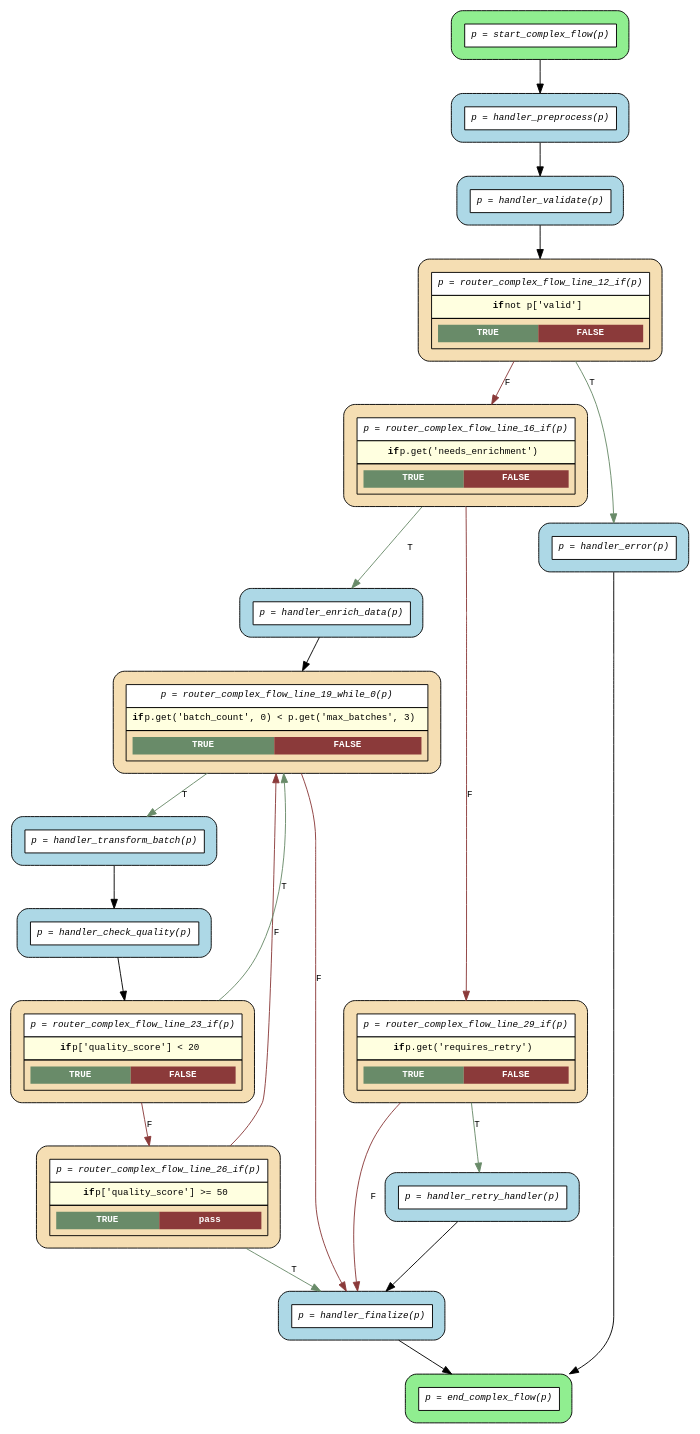
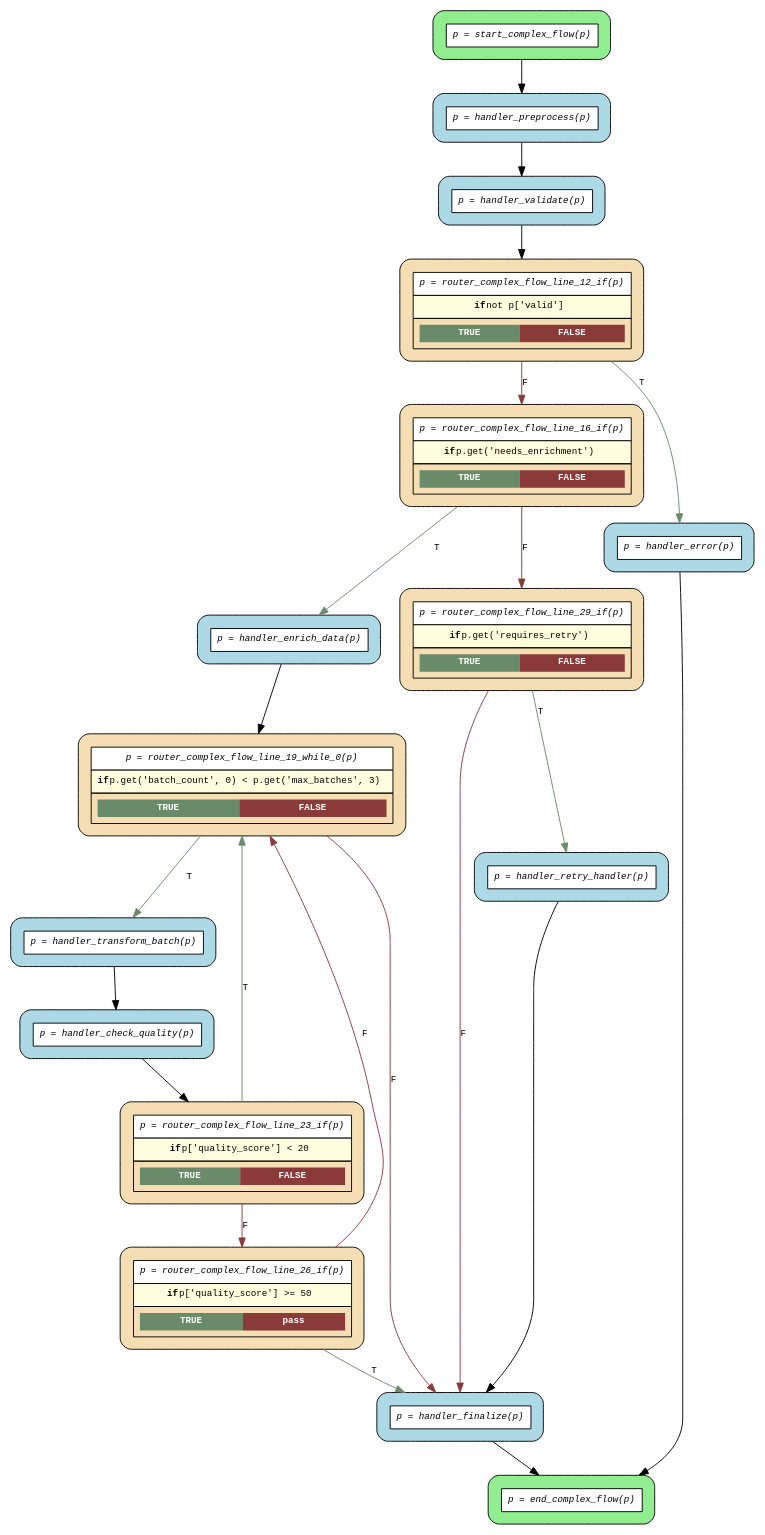
The diagram in examples/flows/compiled/complex_with_while/flow.dot (deliveryhero/asya), drawn with Graphviz before and after one commit. The commit also changed 71 other files, not shown here.

```diff
--- a/examples/flows/compiled/complex_with_while/flow.dot
+++ b/examples/flows/compiled/complex_with_while/flow.dot
@@ -1,45 +1,45 @@
 digraph flow {
   rankdir=TB;
   graph [fontname="Courier", fontsize=10];
   node [fontname="Courier", fontsize=10, shape=box, style="filled,rounded", margin="0.2"];
   edge [fontname="Courier", fontsize=10];
 
-  start_complex_flow [fillcolor="lightgreen", label=<<table border="0" cellspacing="0" cellpadding="6" cellborder="1"><tr><td bgcolor="white" align="center"><i>p = start_complex_flow(p)</i></td></tr></table>>];
-  router_complex_flow_line_26_if [fillcolor="wheat", label=<<table border="0" cellspacing="0" cellpadding="6" cellborder="1"><tr><td bgcolor="white" align="center"><i>p = router_complex_flow_line_26_if(p)</i></td></tr><tr><td bgcolor="lightyellow"><b>if</b> p['quality_score'] &gt;= 50</td></tr><tr><td><table border="0" cellspacing="0" cellpadding="4"><tr><td bgcolor="darkseagreen4"><font color="white"><b>TRUE</b></font></td><td bgcolor="indianred4"><font color="white"><b>pass</b></font></td></tr></table></td></tr></table>>];
-  router_complex_flow_line_23_if [fillcolor="wheat", label=<<table border="0" cellspacing="0" cellpadding="6" cellborder="1"><tr><td bgcolor="white" align="center"><i>p = router_complex_flow_line_23_if(p)</i></td></tr><tr><td bgcolor="lightyellow"><b>if</b> p['quality_score'] &lt; 20</td></tr><tr><td><table border="0" cellspacing="0" cellpadding="4"><tr><td bgcolor="darkseagreen4"><font color="white"><b>TRUE</b></font></td><td bgcolor="indianred4"><font color="white"><b>FALSE</b></font></td></tr></table></td></tr></table>>];
-  router_complex_flow_line_19_while_0 [fillcolor="wheat", label=<<table border="0" cellspacing="0" cellpadding="6" cellborder="1"><tr><td bgcolor="white" align="center"><i>p = router_complex_flow_line_19_while_0(p)</i></td></tr><tr><td bgcolor="lightyellow"><b>if</b> p.get('batch_count', 0) &lt; p.get('max_batches', 3)</td></tr><tr><td><table border="0" cellspacing="0" cellpadding="4"><tr><td bgcolor="darkseagreen4"><font color="white"><b>TRUE</b></font></td><td bgcolor="indianred4"><font color="white"><b>FALSE</b></font></td></tr></table></td></tr></table>>];
-  router_complex_flow_line_29_if [fillcolor="wheat", label=<<table border="0" cellspacing="0" cellpadding="6" cellborder="1"><tr><td bgcolor="white" align="center"><i>p = router_complex_flow_line_29_if(p)</i></td></tr><tr><td bgcolor="lightyellow"><b>if</b> p.get('requires_retry')</td></tr><tr><td><table border="0" cellspacing="0" cellpadding="4"><tr><td bgcolor="darkseagreen4"><font color="white"><b>TRUE</b></font></td><td bgcolor="indianred4"><font color="white"><b>FALSE</b></font></td></tr></table></td></tr></table>>];
-  router_complex_flow_line_16_if [fillcolor="wheat", label=<<table border="0" cellspacing="0" cellpadding="6" cellborder="1"><tr><td bgcolor="white" align="center"><i>p = router_complex_flow_line_16_if(p)</i></td></tr><tr><td bgcolor="lightyellow"><b>if</b> p.get('needs_enrichment')</td></tr><tr><td><table border="0" cellspacing="0" cellpadding="4"><tr><td bgcolor="darkseagreen4"><font color="white"><b>TRUE</b></font></td><td bgcolor="indianred4"><font color="white"><b>FALSE</b></font></td></tr></table></td></tr></table>>];
-  router_complex_flow_line_12_if [fillcolor="wheat", label=<<table border="0" cellspacing="0" cellpadding="6" cellborder="1"><tr><td bgcolor="white" align="center"><i>p = router_complex_flow_line_12_if(p)</i></td></tr><tr><td bgcolor="lightyellow"><b>if</b> not p['valid']</td></tr><tr><td><table border="0" cellspacing="0" cellpadding="4"><tr><td bgcolor="darkseagreen4"><font color="white"><b>TRUE</b></font></td><td bgcolor="indianred4"><font color="white"><b>FALSE</b></font></td></tr></table></td></tr></table>>];
-  end_complex_flow [fillcolor="lightgreen", label=<<table border="0" cellspacing="0" cellpadding="6" cellborder="1"><tr><td bgcolor="white" align="center"><i>p = end_complex_flow(p)</i></td></tr></table>>];
+  start_complex_flow [fillcolor="lightgreen", group="main", label=<<table border="0" cellspacing="0" cellpadding="6" cellborder="1"><tr><td bgcolor="white" align="center"><i>p = start_complex_flow(p)</i></td></tr></table>>];
+  router_complex_flow_line_26_if [fillcolor="wheat", group="main", label=<<table border="0" cellspacing="0" cellpadding="6" cellborder="1"><tr><td bgcolor="white" align="center"><i>p = router_complex_flow_line_26_if(p)</i></td></tr><tr><td bgcolor="lightyellow"><b>if</b> p['quality_score'] &gt;= 50</td></tr><tr><td><table border="0" cellspacing="0" cellpadding="4"><tr><td bgcolor="darkseagreen4"><font color="white"><b>TRUE</b></font></td><td bgcolor="indianred4"><font color="white"><b>pass</b></font></td></tr></table></td></tr></table>>];
+  router_complex_flow_line_23_if [fillcolor="wheat", group="main", label=<<table border="0" cellspacing="0" cellpadding="6" cellborder="1"><tr><td bgcolor="white" align="center"><i>p = router_complex_flow_line_23_if(p)</i></td></tr><tr><td bgcolor="lightyellow"><b>if</b> p['quality_score'] &lt; 20</td></tr><tr><td><table border="0" cellspacing="0" cellpadding="4"><tr><td bgcolor="darkseagreen4"><font color="white"><b>TRUE</b></font></td><td bgcolor="indianred4"><font color="white"><b>FALSE</b></font></td></tr></table></td></tr></table>>];
+  router_complex_flow_line_19_while_0 [fillcolor="wheat", group="main", label=<<table border="0" cellspacing="0" cellpadding="6" cellborder="1"><tr><td bgcolor="white" align="center"><i>p = router_complex_flow_line_19_while_0(p)</i></td></tr><tr><td bgcolor="lightyellow"><b>if</b> p.get('batch_count', 0) &lt; p.get('max_batches', 3)</td></tr><tr><td><table border="0" cellspacing="0" cellpadding="4"><tr><td bgcolor="darkseagreen4"><font color="white"><b>TRUE</b></font></td><td bgcolor="indianred4"><font color="white"><b>FALSE</b></font></td></tr></table></td></tr></table>>];
+  router_complex_flow_line_29_if [fillcolor="wheat", group="main", label=<<table border="0" cellspacing="0" cellpadding="6" cellborder="1"><tr><td bgcolor="white" align="center"><i>p = router_complex_flow_line_29_if(p)</i></td></tr><tr><td bgcolor="lightyellow"><b>if</b> p.get('requires_retry')</td></tr><tr><td><table border="0" cellspacing="0" cellpadding="4"><tr><td bgcolor="darkseagreen4"><font color="white"><b>TRUE</b></font></td><td bgcolor="indianred4"><font color="white"><b>FALSE</b></font></td></tr></table></td></tr></table>>];
+  router_complex_flow_line_16_if [fillcolor="wheat", group="main", label=<<table border="0" cellspacing="0" cellpadding="6" cellborder="1"><tr><td bgcolor="white" align="center"><i>p = router_complex_flow_line_16_if(p)</i></td></tr><tr><td bgcolor="lightyellow"><b>if</b> p.get('needs_enrichment')</td></tr><tr><td><table border="0" cellspacing="0" cellpadding="4"><tr><td bgcolor="darkseagreen4"><font color="white"><b>TRUE</b></font></td><td bgcolor="indianred4"><font color="white"><b>FALSE</b></font></td></tr></table></td></tr></table>>];
+  router_complex_flow_line_12_if [fillcolor="wheat", group="main", label=<<table border="0" cellspacing="0" cellpadding="6" cellborder="1"><tr><td bgcolor="white" align="center"><i>p = router_complex_flow_line_12_if(p)</i></td></tr><tr><td bgcolor="lightyellow"><b>if</b> not p['valid']</td></tr><tr><td><table border="0" cellspacing="0" cellpadding="4"><tr><td bgcolor="darkseagreen4"><font color="white"><b>TRUE</b></font></td><td bgcolor="indianred4"><font color="white"><b>FALSE</b></font></td></tr></table></td></tr></table>>];
+  end_complex_flow [fillcolor="lightgreen", group="main", label=<<table border="0" cellspacing="0" cellpadding="6" cellborder="1"><tr><td bgcolor="white" align="center"><i>p = end_complex_flow(p)</i></td></tr></table>>];
   handler_check_quality [fillcolor="lightblue", label=<<table border="0" cellspacing="0" cellpadding="6" cellborder="1"><tr><td bgcolor="white" align="center"><i>p = handler_check_quality(p)</i></td></tr></table>>];
   handler_enrich_data [fillcolor="lightblue", label=<<table border="0" cellspacing="0" cellpadding="6" cellborder="1"><tr><td bgcolor="white" align="center"><i>p = handler_enrich_data(p)</i></td></tr></table>>];
   handler_error [fillcolor="lightblue", label=<<table border="0" cellspacing="0" cellpadding="6" cellborder="1"><tr><td bgcolor="white" align="center"><i>p = handler_error(p)</i></td></tr></table>>];
   handler_finalize [fillcolor="lightblue", label=<<table border="0" cellspacing="0" cellpadding="6" cellborder="1"><tr><td bgcolor="white" align="center"><i>p = handler_finalize(p)</i></td></tr></table>>];
   handler_preprocess [fillcolor="lightblue", label=<<table border="0" cellspacing="0" cellpadding="6" cellborder="1"><tr><td bgcolor="white" align="center"><i>p = handler_preprocess(p)</i></td></tr></table>>];
   handler_retry_handler [fillcolor="lightblue", label=<<table border="0" cellspacing="0" cellpadding="6" cellborder="1"><tr><td bgcolor="white" align="center"><i>p = handler_retry_handler(p)</i></td></tr></table>>];
   handler_transform_batch [fillcolor="lightblue", label=<<table border="0" cellspacing="0" cellpadding="6" cellborder="1"><tr><td bgcolor="white" align="center"><i>p = handler_transform_batch(p)</i></td></tr></table>>];
   handler_validate [fillcolor="lightblue", label=<<table border="0" cellspacing="0" cellpadding="6" cellborder="1"><tr><td bgcolor="white" align="center"><i>p = handler_validate(p)</i></td></tr></table>>];
 
   handler_check_quality -> router_complex_flow_line_23_if;
   handler_enrich_data -> router_complex_flow_line_19_while_0;
   handler_error -> end_complex_flow;
   handler_finalize -> end_complex_flow;
   handler_preprocess -> handler_validate;
   handler_retry_handler -> handler_finalize;
   handler_transform_batch -> handler_check_quality;
   handler_validate -> router_complex_flow_line_12_if;
   router_complex_flow_line_12_if -> handler_error [label="T", color=darkseagreen4];
   router_complex_flow_line_12_if -> router_complex_flow_line_16_if [label="F", color=indianred4];
   router_complex_flow_line_16_if -> handler_enrich_data [label="T", color=darkseagreen4];
   router_complex_flow_line_16_if -> router_complex_flow_line_29_if [label="F", color=indianred4];
   router_complex_flow_line_19_while_0 -> handler_finalize [label="F", color=indianred4];
   router_complex_flow_line_19_while_0 -> handler_transform_batch [label="T", color=darkseagreen4];
   router_complex_flow_line_23_if -> router_complex_flow_line_19_while_0 [label="T", color=darkseagreen4];
   router_complex_flow_line_23_if -> router_complex_flow_line_26_if [label="F", color=indianred4];
   router_complex_flow_line_26_if -> handler_finalize [label="T", color=darkseagreen4];
   router_complex_flow_line_26_if -> router_complex_flow_line_19_while_0 [label="F", color=indianred4, constraint=false];
   router_complex_flow_line_29_if -> handler_finalize [label="F", color=indianred4];
   router_complex_flow_line_29_if -> handler_retry_handler [label="T", color=darkseagreen4];
   start_complex_flow -> handler_preprocess;
 }
```
